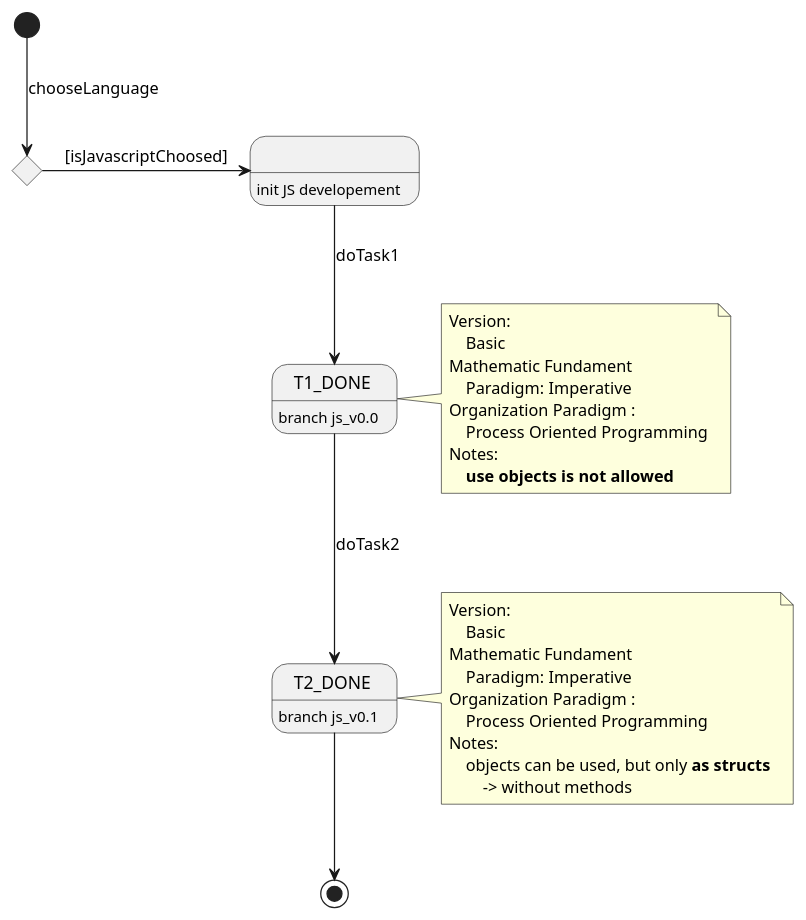
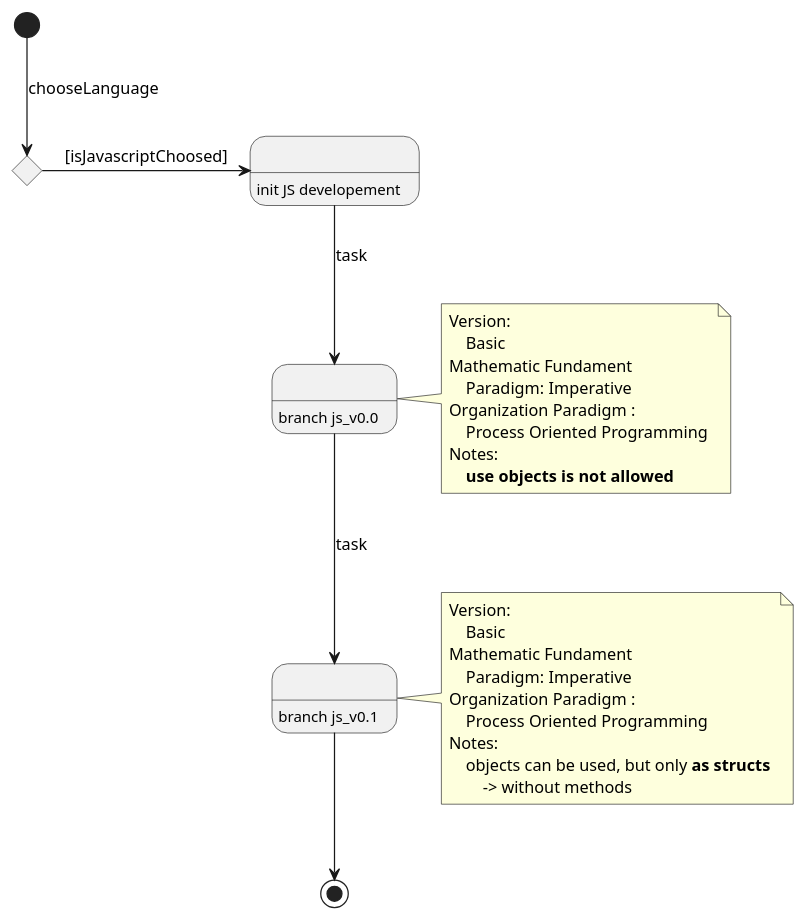
The diagram in docs/readme/diagrams/src/develop process.plantuml (PabloMartinFluvia/myGame-mastermind), drawn with PlantUML before and after one commit. The commit also changed 5 other files, not shown here.

```diff
--- a/docs/readme/diagrams/src/develop process.plantuml
+++ b/docs/readme/diagrams/src/develop process.plantuml
@@ -1,38 +1,38 @@
 @startuml develop process
 
 state languageChoice <<choice>>
 
 state WITH_JavaScript as " " : init JS developement  
-state T1 as "T1_DONE " : branch js_v0.0
-state T2 as "T2_DONE " : branch js_v0.1
+state T1 as " " : branch js_v0.0
+state T2 as " " : branch js_v0.1
 
 [*] --> languageChoice : chooseLanguage
 languageChoice -right-> WITH_JavaScript : [isJavascriptChoosed]
-WITH_JavaScript --> T1 : doTask1
-T1 --> T2 : doTask2
+WITH_JavaScript --> T1 : task 
+T1 --> T2 : task 
 T2 --> [*]
 
 note right of T1
 Version: 
     Basic
 Mathematic Fundament 
     Paradigm: Imperative
 Organization Paradigm : 
     Process Oriented Programming 
 Notes: 
     <b>use objects is not allowed</b>
 endnote
 
 note right of T2
 Version: 
     Basic
 Mathematic Fundament 
     Paradigm: Imperative
 Organization Paradigm : 
     Process Oriented Programming    
 Notes: 
     objects can be used, but only <b>as structs</b> 
         -> without methods
 endnote
 
 @enduml
```
